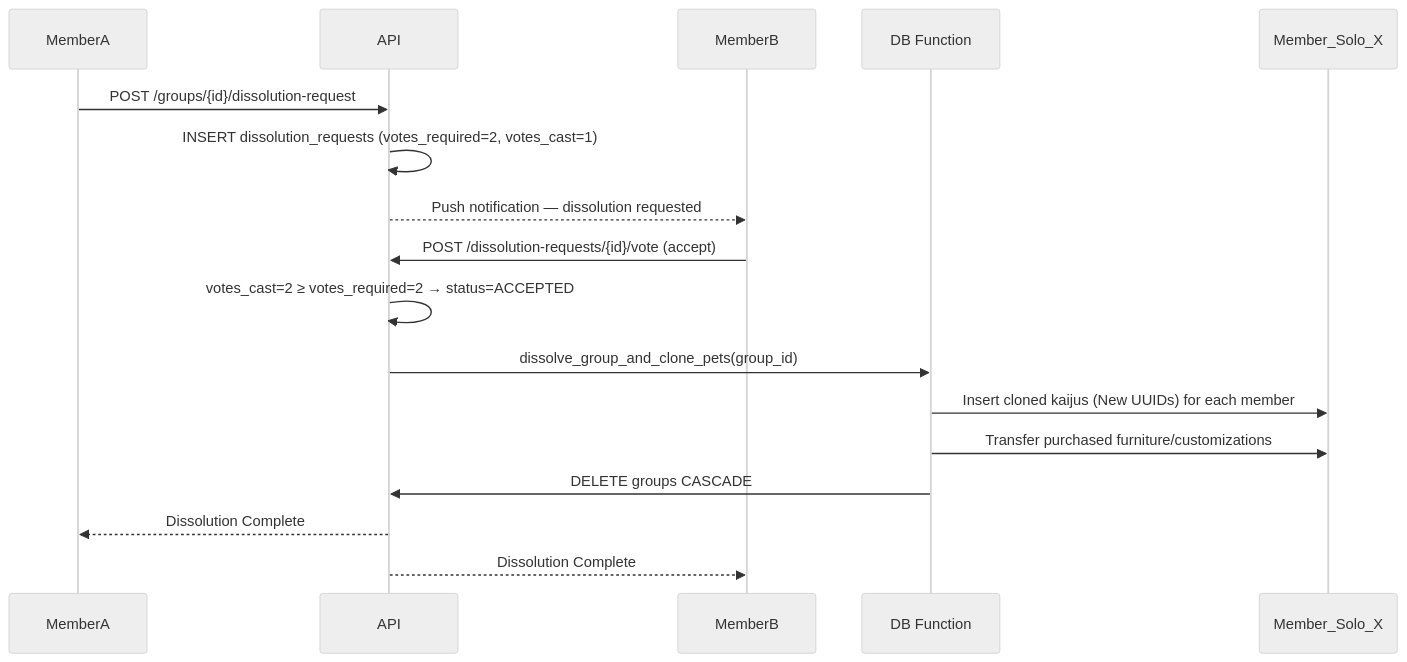
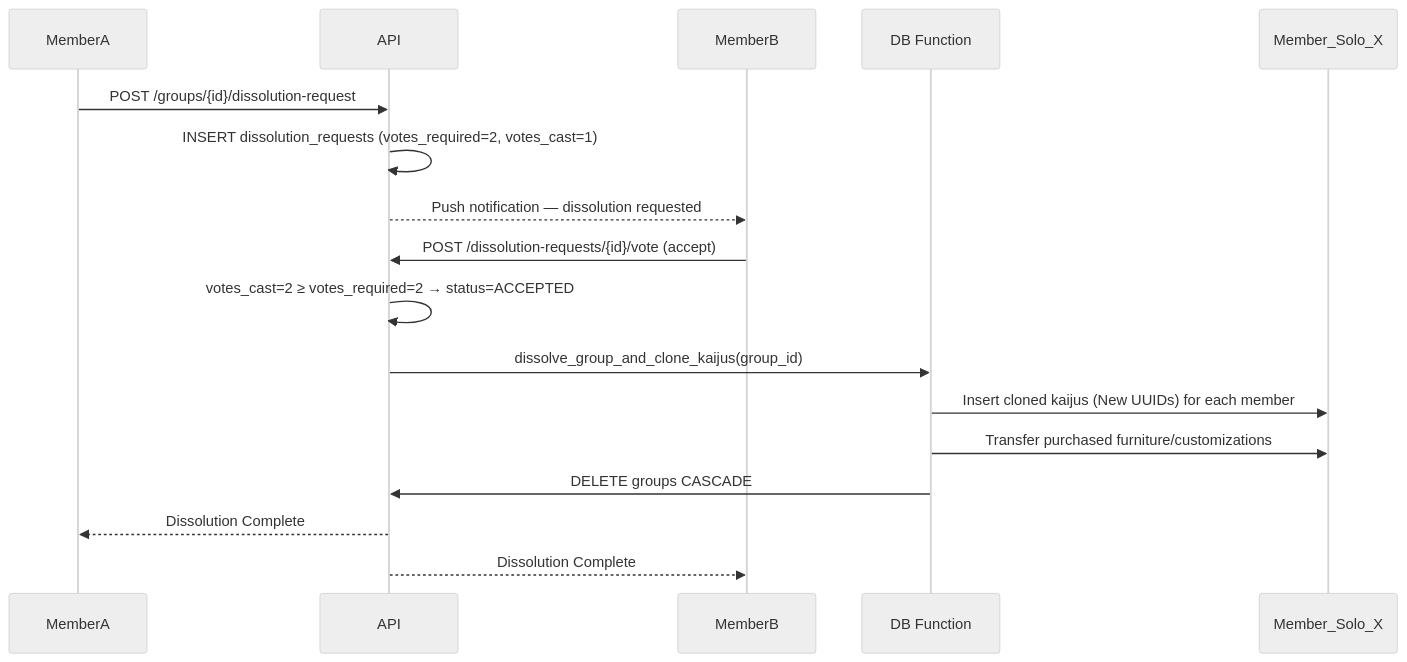
The diagram in Documentation/Ownership/02-group-dissolution-and-cloning.md (TheMrCorvy/HATCH.REF), drawn with Mermaid (neutral theme) before and after one commit. The commit also changed other lines of this file and 55 other files, not shown here.

````diff
--- a/Documentation/Ownership/02-group-dissolution-and-cloning.md
+++ b/Documentation/Ownership/02-group-dissolution-and-cloning.md
@@ -27,20 +27,20 @@
 ```mermaid
 sequenceDiagram
     participant MemberA
     participant API
     participant MemberB
     participant DB Function
     participant Member_Solo_X
 
     MemberA->>API: POST /groups/{id}/dissolution-request
     API->>API: INSERT dissolution_requests (votes_required=2, votes_cast=1)
     API-->>MemberB: Push notification — dissolution requested
     MemberB->>API: POST /dissolution-requests/{id}/vote (accept)
     API->>API: votes_cast=2 ≥ votes_required=2 → status=ACCEPTED
-    API->>DB Function: dissolve_group_and_clone_pets(group_id)
+    API->>DB Function: dissolve_group_and_clone_kaijus(group_id)
     DB Function->>Member_Solo_X: Insert cloned kaijus (New UUIDs) for each member
     DB Function->>Member_Solo_X: Transfer purchased furniture/customizations
     DB Function->>API: DELETE groups CASCADE
     API-->>MemberA: Dissolution Complete
     API-->>MemberB: Dissolution Complete
 ```
````
